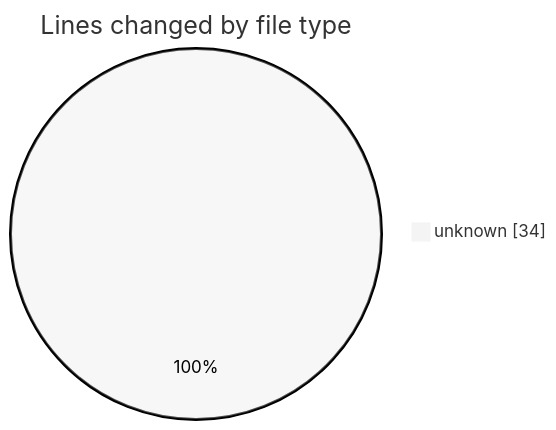
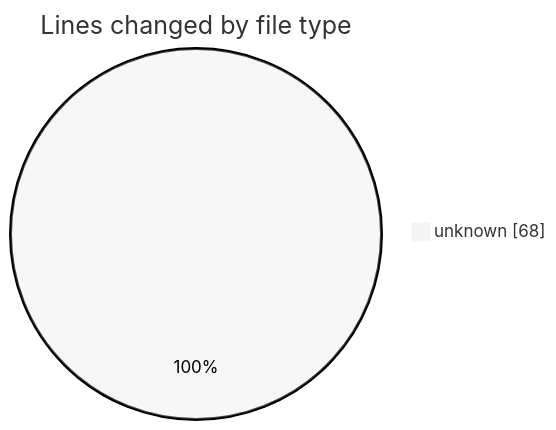
Before and after one commit to donsfak/code-tracking: the first of 2 diagrams in 2026-10-05/kouma_backend/README.md, drawn with Mermaid (neutral theme). The commit also changed other lines of this file and 1 other file, not shown here.

````diff
--- a/2026-10-05/kouma_backend/README.md
+++ b/2026-10-05/kouma_backend/README.md
@@ -20,5 +20,5 @@
 ```mermaid
 pie showData
 title Lines changed by file type
-"unknown" : 34
+"unknown" : 68
 ```
````
